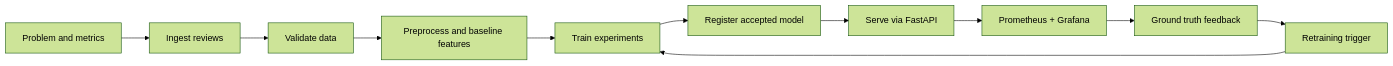
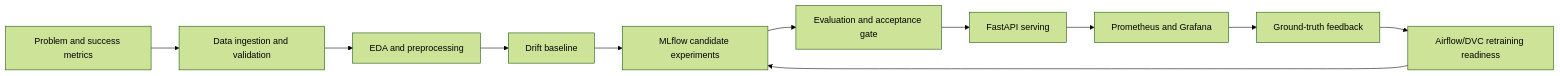
Before and after one commit to AkshayAmbekar26/da5402-final-project: the diagram in docs/hld.md, drawn with Mermaid (forest theme). The commit also changed other lines of this file and 87 other files, not shown here.

````diff
--- a/docs/hld.md
+++ b/docs/hld.md
@@ -19,13 +57,13 @@
 ```mermaid
 flowchart LR
-  Define["Problem and metrics"] --> Ingest["Ingest reviews"]
-  Ingest --> Validate["Validate data"]
-  Validate --> Engineer["Preprocess and baseline features"]
-  Engineer --> Train["Train experiments"]
-  Train --> Register["Register accepted model"]
-  Register --> Deploy["Serve via FastAPI"]
-  Deploy --> Monitor["Prometheus + Grafana"]
-  Monitor --> Feedback["Ground truth feedback"]
-  Feedback --> Retrain["Retraining trigger"]
-  Retrain --> Train
+  Business["Problem and success metrics"] --> Data["Data ingestion and validation"]
+  Data --> EDA["EDA and preprocessing"]
+  EDA --> Baseline["Drift baseline"]
+  Baseline --> Experiments["MLflow candidate experiments"]
+  Experiments --> Gate["Evaluation and acceptance gate"]
+  Gate --> Serve["FastAPI serving"]
+  Serve --> Monitor["Prometheus and Grafana"]
+  Monitor --> Feedback["Ground-truth feedback"]
+  Feedback --> Retrain["Airflow/DVC retraining readiness"]
+  Retrain --> Experiments
 ```
````
